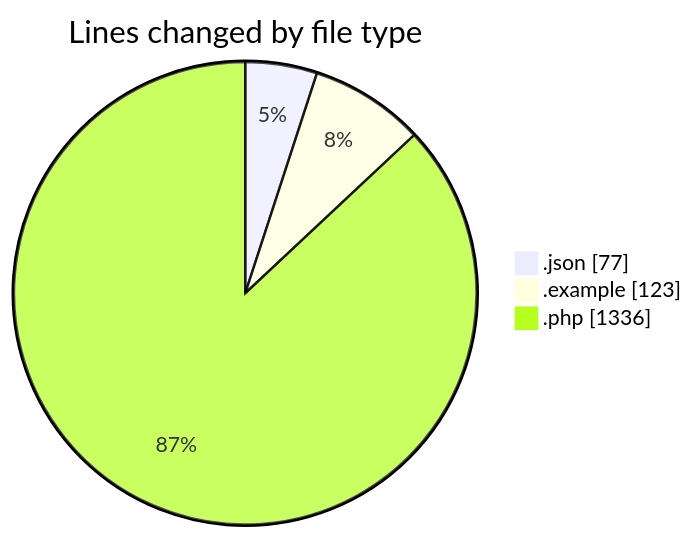
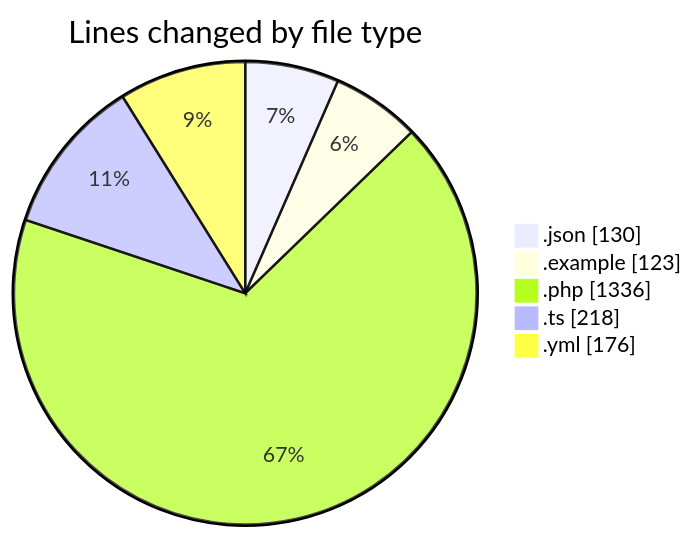
One commit to lephambinh05/code-tracking changed the first of 2 diagrams in 2025-07-10/shopaccv1/README.md. Above: the diagram before and after it, drawn with Mermaid. The commit also changed other lines of this file and 1 other file, not shown here.

````diff
--- a/2025-07-10/shopaccv1/README.md
+++ b/2025-07-10/shopaccv1/README.md
@@ -24,7 +27,9 @@
 ```mermaid
 pie showData
 title Lines changed by file type
-".json" : 77
+".json" : 130
 ".example" : 123
 ".php" : 1336
+".ts" : 218
+".yml" : 176
 ```
````
